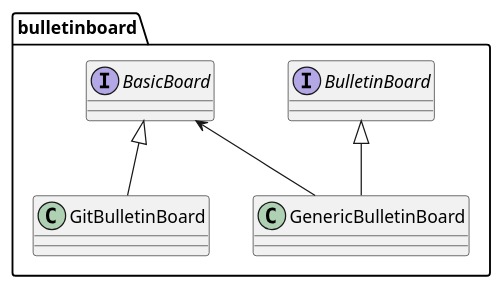
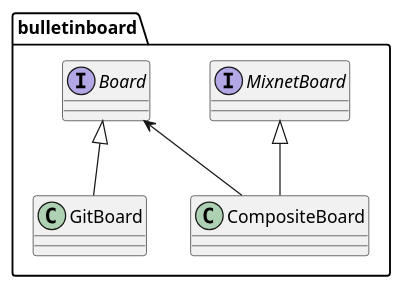
The diagram in doc/diagrams/bulletinboard_class.puml (nvotes/rmx), drawn with PlantUML before and after one commit. The commit also changed 21 other files, not shown here.

```diff
--- a/doc/diagrams/bulletinboard_class.puml
+++ b/doc/diagrams/bulletinboard_class.puml
@@ -1,12 +1,12 @@
 @startuml bulletinboard
 package "bulletinboard" {
-    interface BulletinBoard
-    interface BasicBoard
-    class GenericBulletinBoard
-    class GitBulletinBoard
+    interface MixnetBoard
+    interface Board
+    class CompositeBoard
+    class GitBoard
     
-    BulletinBoard <|-- GenericBulletinBoard
-    BasicBoard <-- GenericBulletinBoard 
-    BasicBoard <|-- GitBulletinBoard
+    MixnetBoard <|-- CompositeBoard
+    Board <-- CompositeBoard 
+    Board <|-- GitBoard
 }
 @enduml
```
